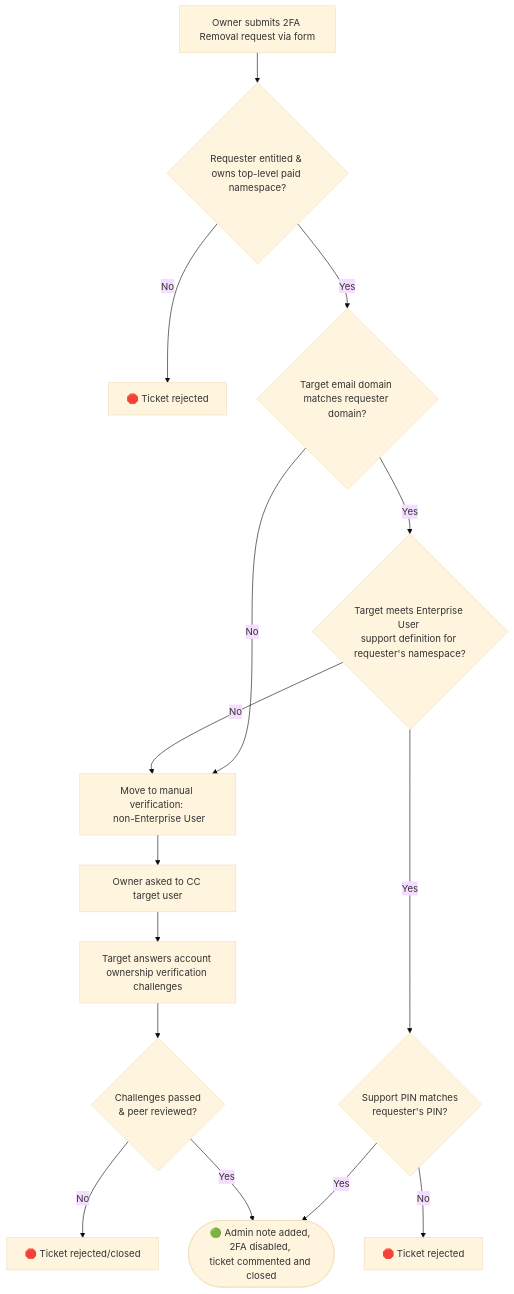
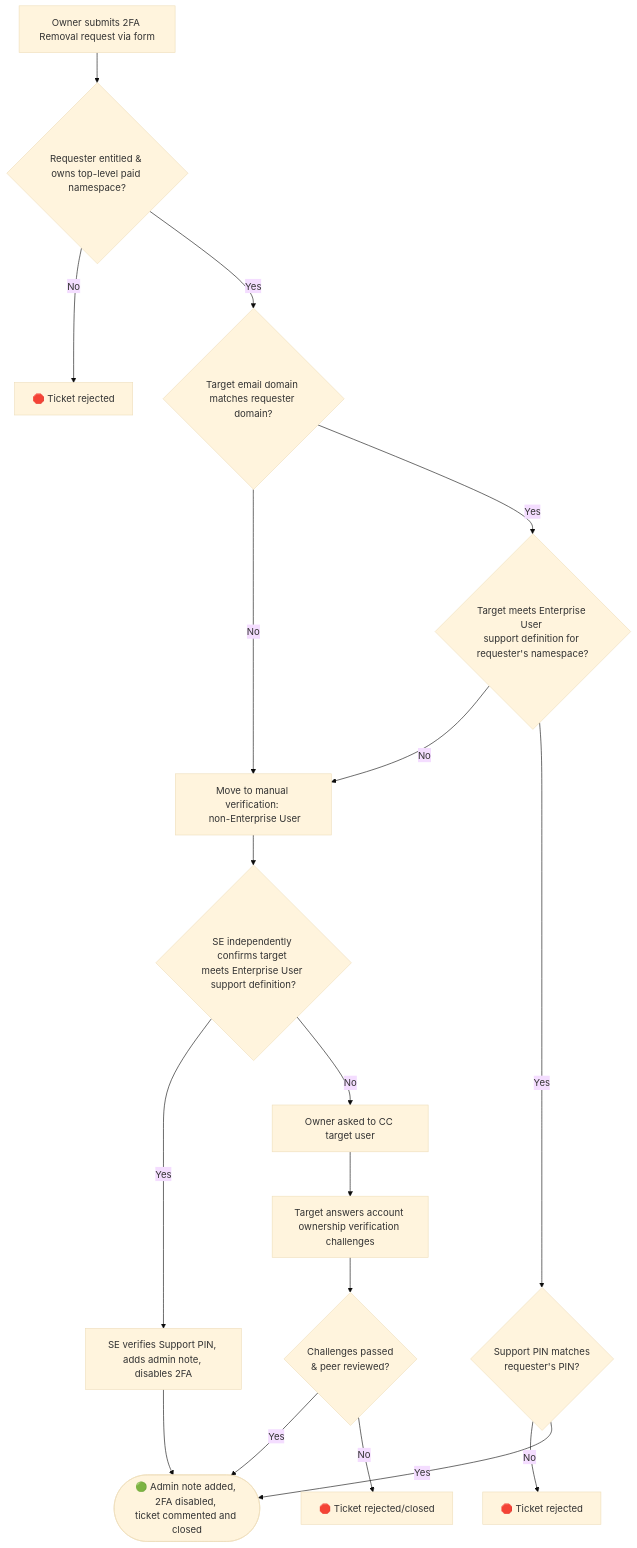
Before and after one commit to kyama0/gitlab-handbook-ja: the diagram in content/handbook/support/workflows/2fa-removal.md, drawn with Mermaid (base theme). The commit also changed other lines of this file and 13 other files, not shown here.

````diff
--- a/content/handbook/support/workflows/2fa-removal.md
+++ b/content/handbook/support/workflows/2fa-removal.md
@@ -119,33 +139,41 @@
 ```mermaid
 flowchart TD
     A[Owner submits 2FA Removal request via form]
     B{Requester entitled & <br/>owns top-level paid namespace?}
     C[🛑 Ticket rejected]
     D{Target email domain <br/>matches requester domain?}
     E{Target meets Enterprise User <br/>support definition for requester's namespace?}
     F[Move to manual verification: <br/> non-Enterprise User]
     G{Support PIN matches <br/>requester's PIN?}
     H[🛑 Ticket rejected]
     I([🟢 Admin note added, 2FA disabled, <br/>ticket commented and closed])
+    N{SE independently confirms target <br/>meets Enterprise User support definition?}
+    O[SE verifies Support PIN, <br/>adds admin note, disables 2FA]
     J[Owner asked to CC target user]
     K[Target answers account <br/>ownership verification challenges]
     L{Challenges passed <br/>& peer reviewed?}
     M[🛑 Ticket rejected/closed]
- 
+
     A --> B
     B -->|No| C
     B -->|Yes| D
     D -->|No| F
     D -->|Yes| E
     E -->|No| F
     E -->|Yes| G
     G -->|No| H
     G -->|Yes| I
-    F --> J
+    F --> N
+    N -->|Yes| O
+    O --> I
+    N -->|No| J
     J --> K
     K --> L
     L -->|Yes| I
     L -->|No| M
- 
+
 click F href "#manual-verification-fallback"
+click N href "#manual-verification-fallback"
+    click O href "#enterprise-user-workflow"
+click J href "#non-enterprise-user-workflow"
 ```
````
